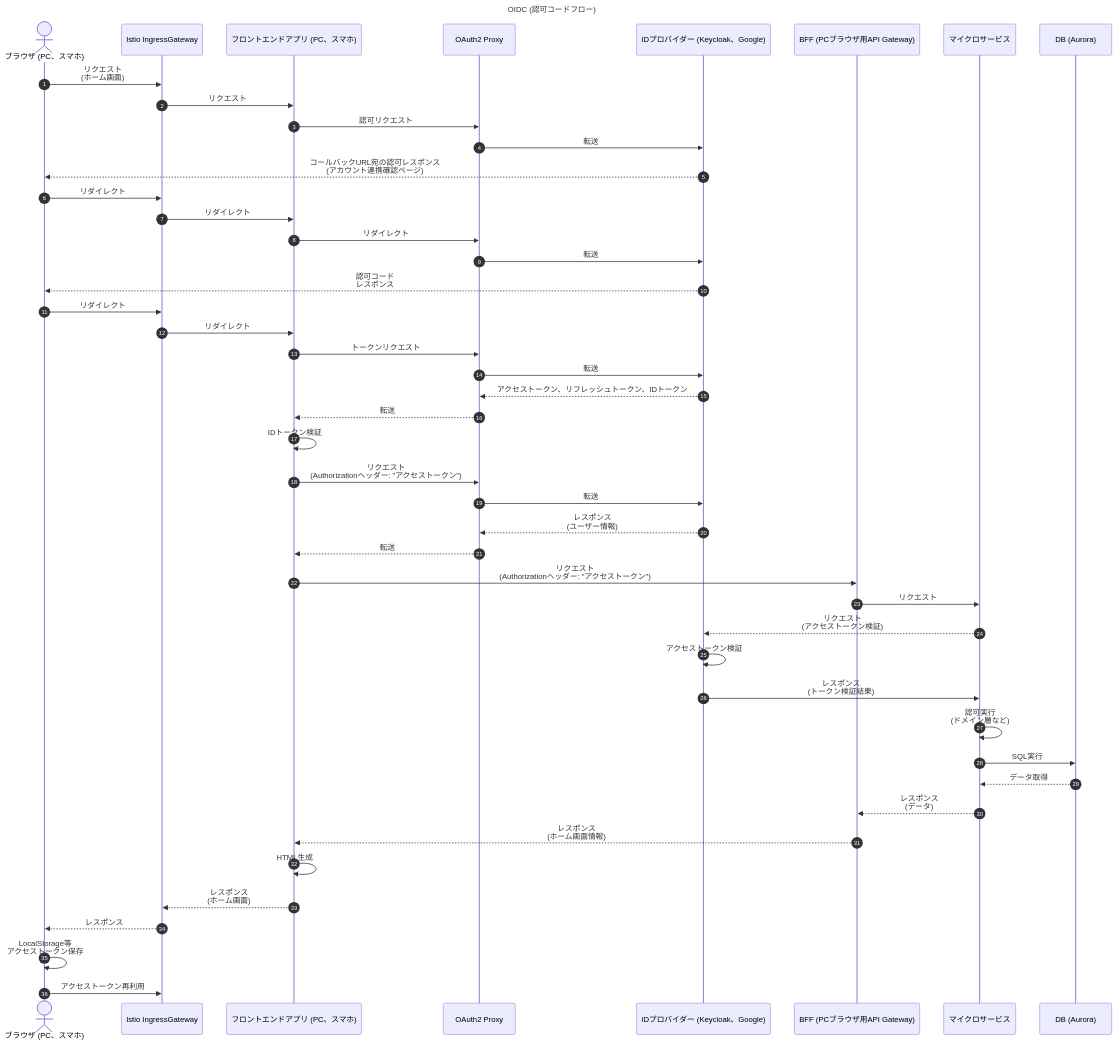
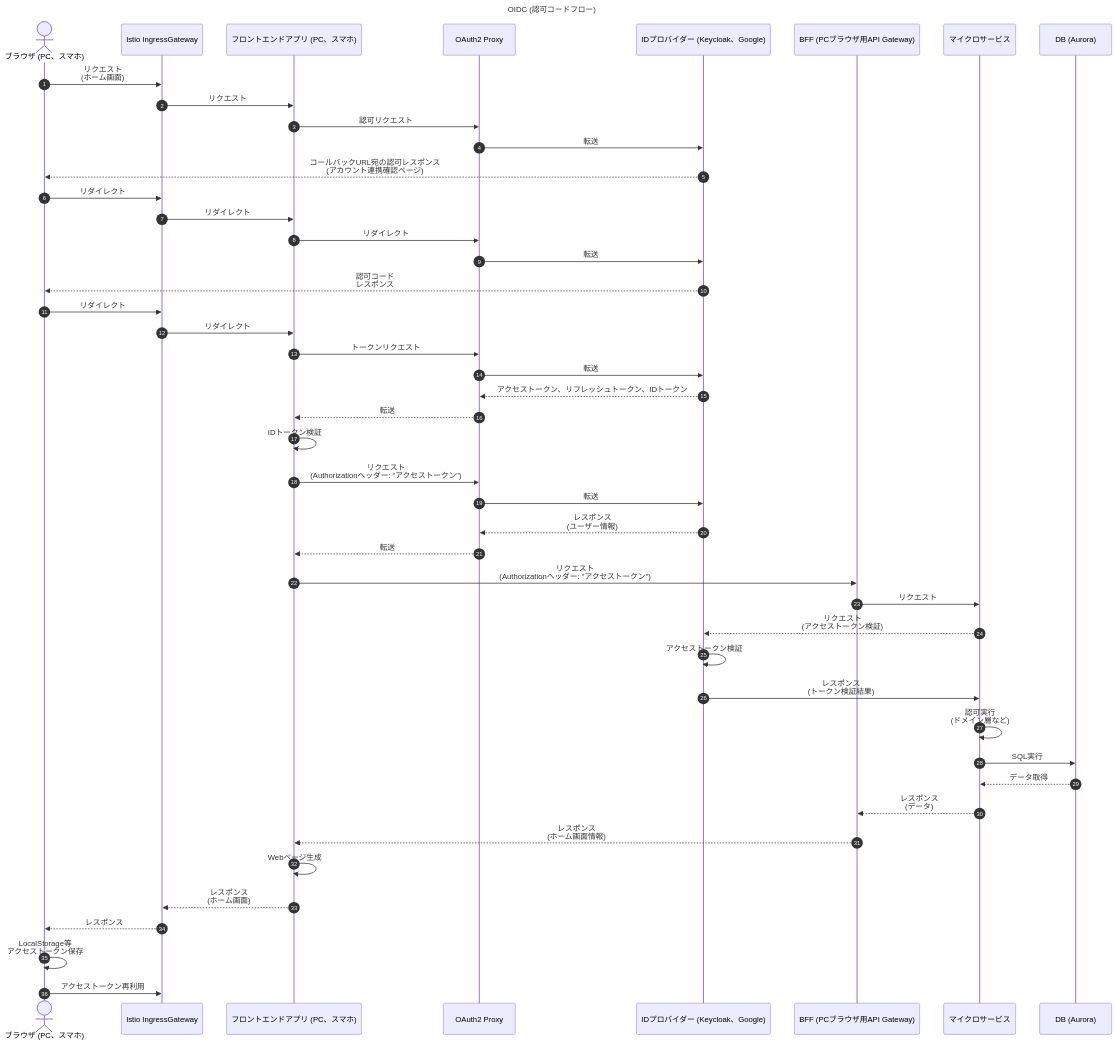
One commit to hiroki-it/hatenablog changed the diagram in dist/draft/【Kubernetes☸️】CNCFとAWSを組み合わせたマイクロサービスアーキテクチャ設計の考察.md. Above: the diagram before and after it, drawn with Mermaid.

Commit message:
update 記事を更新した。

````diff
--- a/dist/draft/【Kubernetes☸️】CNCFとAWSを組み合わせたマイクロサービスアーキテクチャ設計の考察.md
+++ b/dist/draft/【Kubernetes☸️】CNCFとAWSを組み合わせたマイクロサービスアーキテクチャ設計の考察.md
@@ -68,83 +68,83 @@
 ```mermaid
 ---
 title: OIDC (認可コードフロー)
 ---
 sequenceDiagram
 
 autonumber
 
     actor ブラウザ (PC、スマホ)
 
     ブラウザ (PC、スマホ) ->> Istio IngressGateway: リクエスト<br>(ホーム画面)
 
     Istio IngressGateway ->> フロントエンドアプリ (PC、スマホ) : リクエスト
 
     フロントエンドアプリ (PC、スマホ) ->> OAuth2 Proxy: 認可リクエスト
 
     OAuth2 Proxy ->> IDプロバイダー (Keycloak、Google) : 転送
 
     IDプロバイダー (Keycloak、Google) -->> ブラウザ (PC、スマホ) : コールバックURL宛の認可レスポンス<br>(アカウント連携確認ページ)
 
     ブラウザ (PC、スマホ) ->> Istio IngressGateway: リダイレクト
 
     Istio IngressGateway ->> フロントエンドアプリ (PC、スマホ) : リダイレクト
 
     フロントエンドアプリ (PC、スマホ) ->> OAuth2 Proxy: リダイレクト
 
     OAuth2 Proxy ->> IDプロバイダー (Keycloak、Google) : 転送
 
     IDプロバイダー (Keycloak、Google) -->> ブラウザ (PC、スマホ) : 認可コード<br>レスポンス
 
     ブラウザ (PC、スマホ) ->> Istio IngressGateway: リダイレクト
 
     Istio IngressGateway ->> フロントエンドアプリ (PC、スマホ) : リダイレクト
 
     フロントエンドアプリ (PC、スマホ) ->> OAuth2 Proxy: トークンリクエスト
 
     OAuth2 Proxy ->> IDプロバイダー (Keycloak、Google) : 転送
 
     IDプロバイダー (Keycloak、Google) -->> OAuth2 Proxy : アクセストークン、リフレッシュトークン、IDトークン
 
     OAuth2 Proxy -->> フロントエンドアプリ (PC、スマホ) : 転送
 
     フロントエンドアプリ (PC、スマホ) ->> フロントエンドアプリ (PC、スマホ) : IDトークン検証
 
     フロントエンドアプリ (PC、スマホ) ->> OAuth2 Proxy: リクエスト<br>(Authorizationヘッダー: "アクセストークン")
 
     OAuth2 Proxy ->> IDプロバイダー (Keycloak、Google) : 転送
 
     IDプロバイダー (Keycloak、Google) -->> OAuth2 Proxy : レスポンス<br>(ユーザー情報)
 
     OAuth2 Proxy -->> フロントエンドアプリ (PC、スマホ) : 転送
 
     フロントエンドアプリ (PC、スマホ) ->> BFF (PCブラウザ用API Gateway): リクエスト<br>(Authorizationヘッダー: "アクセストークン")
 
     BFF (PCブラウザ用API Gateway) ->> マイクロサービス : リクエスト
 
     マイクロサービス -->> IDプロバイダー (Keycloak、Google) : リクエスト<br>(アクセストークン検証)
 
     IDプロバイダー (Keycloak、Google) ->> IDプロバイダー (Keycloak、Google) : アクセストークン検証
 
     IDプロバイダー (Keycloak、Google) ->> マイクロサービス : レスポンス<br>(トークン検証結果)
 
     マイクロサービス ->> マイクロサービス : 認可実行<br>(ドメイン層など)
 
     マイクロサービス ->> DB (Aurora): SQL実行
 
     DB (Aurora) -->> マイクロサービス : データ取得
 
     マイクロサービス -->> BFF (PCブラウザ用API Gateway) : レスポンス<br>(データ)
 
     BFF (PCブラウザ用API Gateway) -->> フロントエンドアプリ (PC、スマホ) : レスポンス<br>(ホーム画面情報)
 
-    フロントエンドアプリ (PC、スマホ) ->> フロントエンドアプリ (PC、スマホ) : HTML生成
+    フロントエンドアプリ (PC、スマホ) ->> フロントエンドアプリ (PC、スマホ) : Webページ生成
 
     フロントエンドアプリ (PC、スマホ) -->> Istio IngressGateway: レスポンス<br>(ホーム画面)
 
     Istio IngressGateway -->> ブラウザ (PC、スマホ): レスポンス
 
     ブラウザ (PC、スマホ) ->> ブラウザ (PC、スマホ) : LocalStorage等<br>アクセストークン保存
 
     ブラウザ (PC、スマホ) ->> Istio IngressGateway : アクセストークン再利用
-    
+
 ```
````
